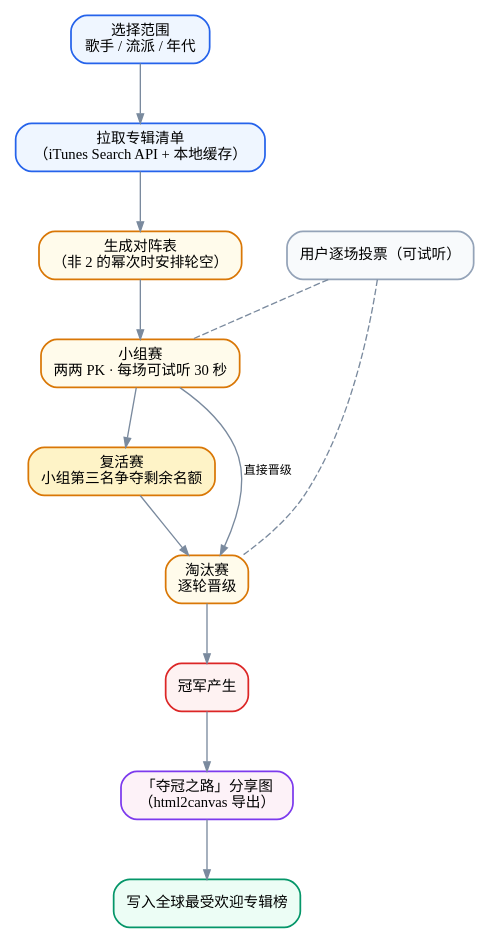
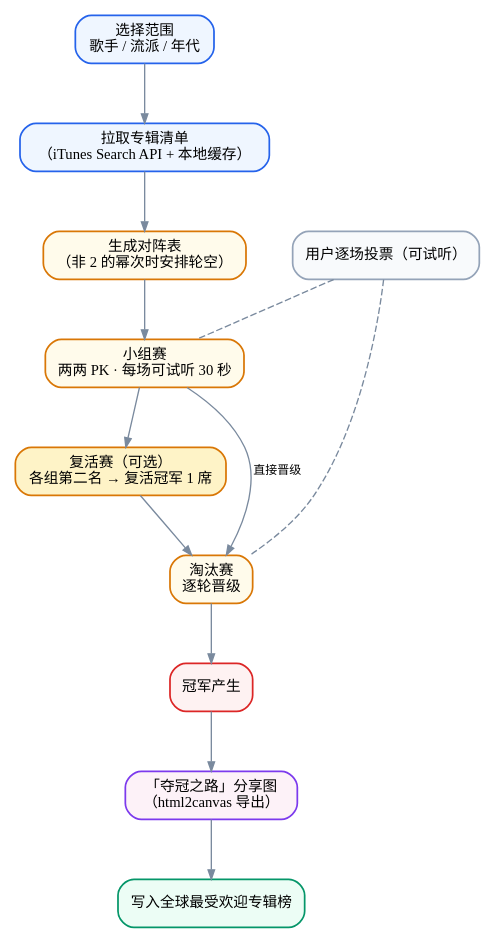
One commit to JORUINE/yinge changed the diagram in docs/figures/src/专辑对决赛程流程图.dot. Above: the diagram before and after it, drawn with Graphviz. The commit also changed 13 other files, not shown here.

```diff
--- a/docs/figures/src/专辑对决赛程流程图.dot
+++ b/docs/figures/src/专辑对决赛程流程图.dot
@@ -1,25 +1,25 @@
 digraph BRACKET {
   graph [fontname="Microsoft YaHei", bgcolor="white", compound=true];
   node  [fontname="Microsoft YaHei", shape=plaintext, fontsize=11];
   edge  [fontname="Microsoft YaHei", fontsize=9, color="#7A8A9E", arrowsize=0.7];
 
   graph [rankdir=TB, nodesep=0.4, ranksep=0.6];
   node  [shape=box, style="rounded,filled", penwidth=1.3, fontsize=11];
 
   start [label="选择范围\n歌手 / 流派 / 年代", fillcolor="#EFF6FF", color="#2563EB"];
   fetch [label="拉取专辑清单\n（iTunes Search API + 本地缓存）", fillcolor="#EFF6FF", color="#2563EB"];
   gen   [label="生成对阵表\n（非 2 的幂次时安排轮空）", fillcolor="#FFFBEB", color="#D97706"];
   grp   [label="小组赛\n两两 PK · 每场可试听 30 秒", fillcolor="#FFFBEB", color="#D97706"];
-  rev   [label="复活赛\n小组第三名争夺剩余名额", fillcolor="#FEF3C7", color="#D97706"];
+  rev   [label="复活赛（可选）\n各组第二名 → 复活冠军 1 席", fillcolor="#FEF3C7", color="#D97706"];
   ko    [label="淘汰赛\n逐轮晋级", fillcolor="#FFFBEB", color="#D97706"];
   fin   [label="冠军产生", fillcolor="#FEF2F2", color="#DC2626"];
   share [label="「夺冠之路」分享图\n（html2canvas 导出）", fillcolor="#FDF2F8", color="#7C3AED"];
   rank  [label="写入全球最受欢迎专辑榜", fillcolor="#ECFDF5", color="#059669"];
   vote  [label="用户逐场投票（可试听）", shape=box, style="rounded,filled",
          fillcolor="#F8FAFC", color="#94A3B8"];
 
   start -> fetch -> gen -> grp -> rev -> ko -> fin -> share -> rank;
   grp -> ko [label=" 直接晋级 ", constraint=false];
   vote -> grp [style=dashed, arrowhead=none];
   vote -> ko  [style=dashed, arrowhead=none];
 }
```
